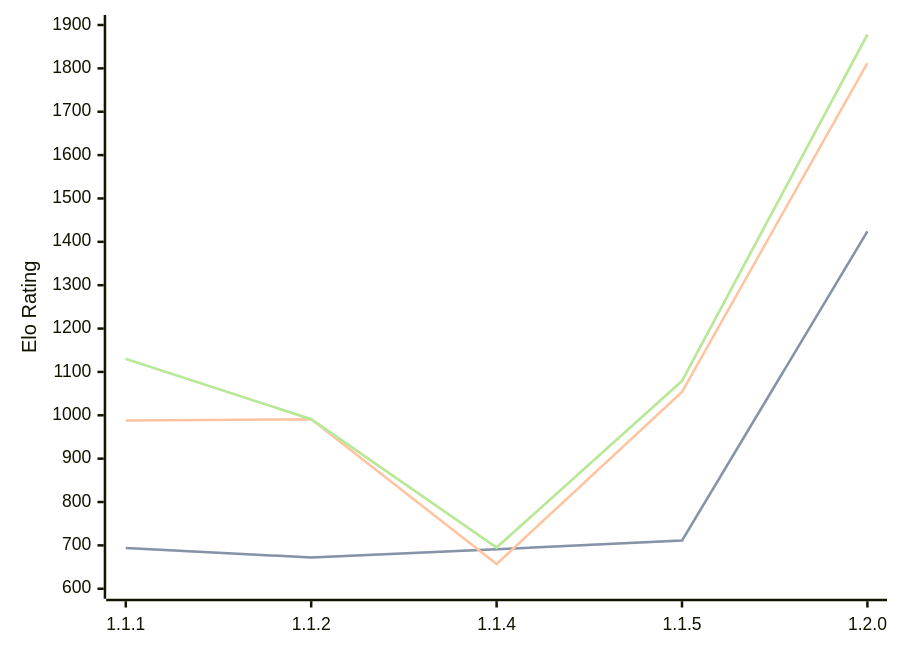
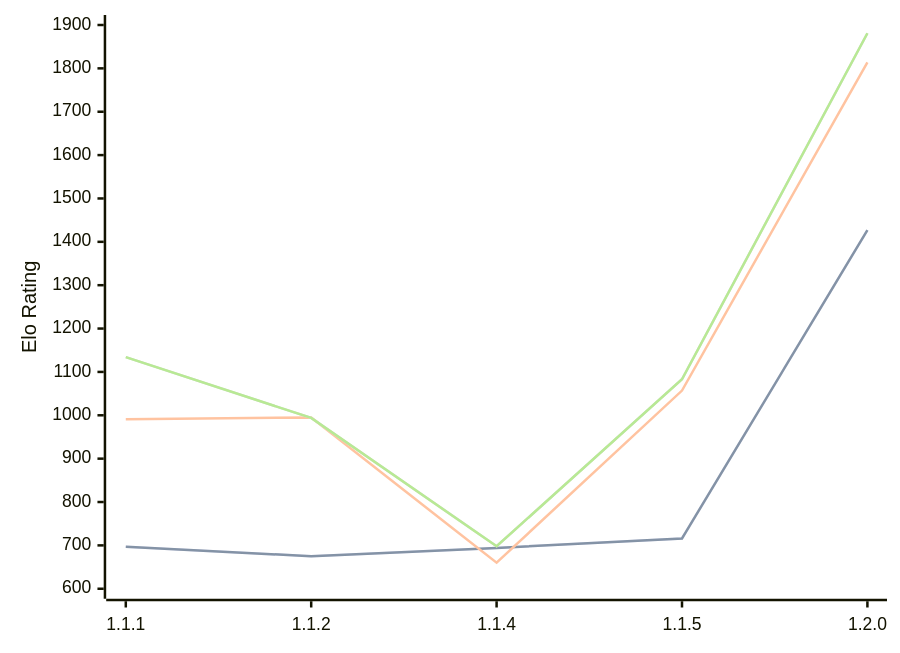
Before and after one commit to computer-chess-index/cci: the diagram in engines/ChessCore.md, drawn with Mermaid. The commit also changed other lines of this file, not shown here.

Commit message:
Update CCI Ratings (ELO VLTC) - 2026-09-24

````diff
--- a/engines/ChessCore.md
+++ b/engines/ChessCore.md
@@ -36,11 +36,11 @@
 ```mermaid
 %%{init: {"theme":"base","themeVariables":{"seriesColors:['#a3a3a3','#222221','#faa371']}}}%%
 xychart-beta
   x-axis ["1.1.1", "1.1.2", "1.1.4", "1.1.5", "1.2.0"]
   y-axis "Elo Rating" 600 --> 1900
-  line "" [694, 672, 691, 711, 1424]
-  line "STC (8.0+0.08s)" [694, 672, 691, 711, 1424]
-  line "LTC (60.0+0.60s)" [988, 991, 657, 1054, 1812]
-  line "" [1130, 991, 695, 1079, 1878]
-  line "VLTC (2m24s+1.12s)" [1130, 991, 695, 1079, 1878]
+  line "" [697, 675, 694, 716, 1427]
+  line "STC (8.0+0.08s)" [697, 675, 694, 716, 1427]
+  line "LTC (60.0+0.60s)" [991, 995, 660, 1057, 1814]
+  line "" [1134, 994, 698, 1083, 1881]
+  line "VLTC (2m24s+1.12s)" [1134, 994, 698, 1083, 1881]
 ```
````
